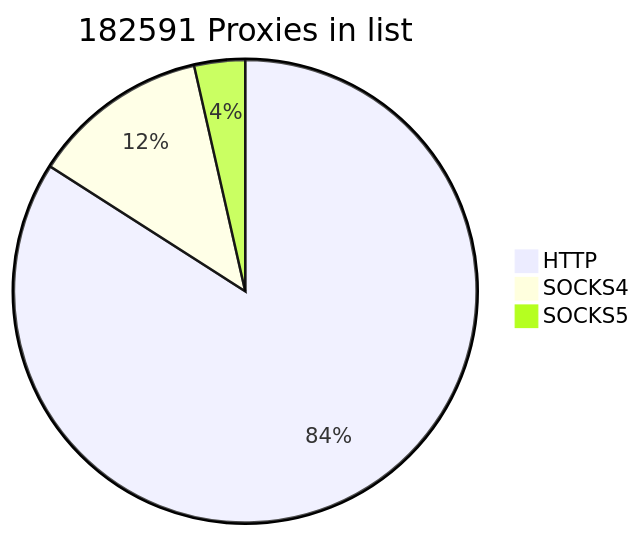
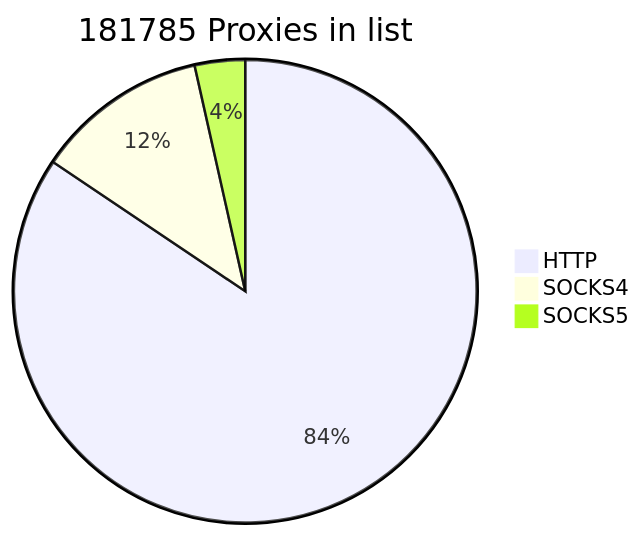
Before and after one commit to cutipu/proxylist: the first of 2 diagrams in README.md, drawn with Mermaid. The commit also changed other lines of this file, not shown here.

````diff
--- a/README.md
+++ b/README.md
@@ -2,7 +2,7 @@
 ```mermaid
-pie title 182591 Proxies in list
-    "HTTP" : 153486
-    "SOCKS4" : 22622
-    "SOCKS5" : 6483
+pie title 181785 Proxies in list
+    "HTTP" : 153467
+    "SOCKS4" : 21929
+    "SOCKS5" : 6389
             
 ```
````
